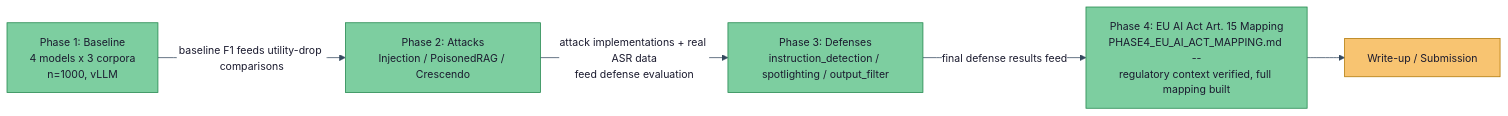
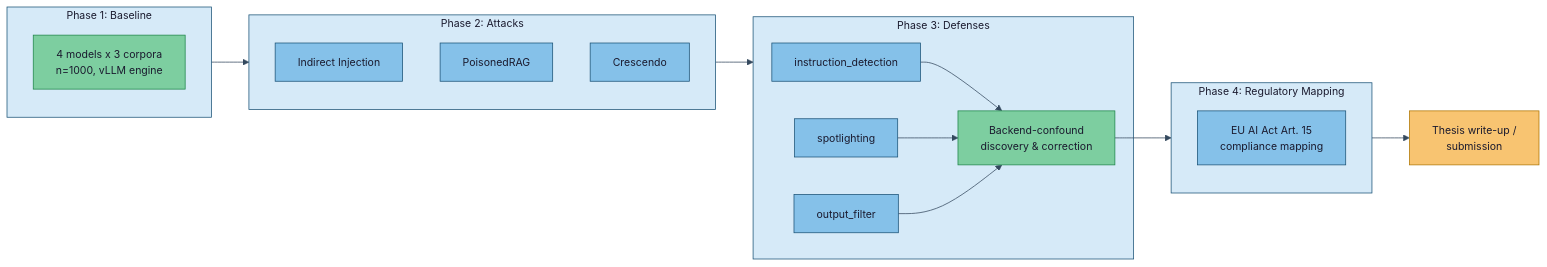
Before and after one commit to Simarjit1303/rag-adversarial-robustness: the first of 14 diagrams in docs/THESIS_ARCHITECTURE.md, drawn with Mermaid. The commit also changed other lines of this file, not shown here.

First line of the commit message:
Restructure THESIS_ARCHITECTURE.md around a master diagram

````diff
--- a/docs/THESIS_ARCHITECTURE.md
+++ b/docs/THESIS_ARCHITECTURE.md
@@ -17,19 +3,39 @@
 ```mermaid
 %%{init: {'theme':'base','themeVariables':{'primaryColor':'#85c1e9','primaryTextColor':'#1a1a2e','primaryBorderColor':'#1a5276','lineColor':'#34495e','secondaryColor':'#85c1e9','secondaryTextColor':'#1a1a2e','secondaryBorderColor':'#1a5276','tertiaryColor':'#85c1e9','tertiaryTextColor':'#1a1a2e','tertiaryBorderColor':'#1a5276','edgeLabelBackground':'#ffffff','clusterBkg':'#d6eaf8','clusterBorder':'#1a5276','titleColor':'#1a1a2e','textColor':'#1a1a2e','fontSize':'14px'}}}%%
 flowchart LR
-    P1["Phase 1: Baseline<br/>4 models x 3 corpora<br/>n=1000, vLLM"]
-    P2["Phase 2: Attacks<br/>Injection / PoisonedRAG / Crescendo"]
-    P3["Phase 3: Defenses<br/>instruction_detection / spotlighting / output_filter"]
-    P4["Phase 4: EU AI Act Art. 15 Mapping<br/>PHASE4_EU_AI_ACT_MAPPING.md --<br/>regulatory context verified, full mapping built"]
-    WR["Write-up / Submission"]
+    subgraph PH1["Phase 1: Baseline"]
+        P1B["4 models x 3 corpora<br/>n=1000, vLLM engine"]
+    end
 
-    P1 -->|"baseline F1 feeds utility-drop comparisons"| P2
-    P2 -->|"attack implementations + real ASR data<br/>feed defense evaluation"| P3
-    P3 -->|"final defense results feed"| P4
-    P4 --> WR
+    subgraph PH2["Phase 2: Attacks"]
+        A1["Indirect Injection"]
+        A2["PoisonedRAG"]
+        A3["Crescendo"]
+    end
+
+    subgraph PH3["Phase 3: Defenses"]
+        D1["instruction_detection"]
+        D2["spotlighting"]
+        D3["output_filter"]
+        CORR["Backend-confound<br/>discovery & correction"]
+        D1 --> CORR
+        D2 --> CORR
+        D3 --> CORR
+    end
+
+    subgraph PH4["Phase 4: Regulatory Mapping"]
+        REG["EU AI Act Art. 15<br/>compliance mapping"]
+    end
+
+    WR["Thesis write-up /<br/>submission"]
+
+    PH1 --> PH2
+    PH2 --> PH3
+    CORR --> PH4
+    PH4 --> WR
 
     classDef done fill:#7dcea0,stroke:#1e8449,color:#1a1a2e
     classDef open fill:#f8c471,stroke:#af7500,color:#1a1a2e
-    class P1,P2,P3,P4 done
+    class P1B,CORR done
     class WR open
 ```
````
